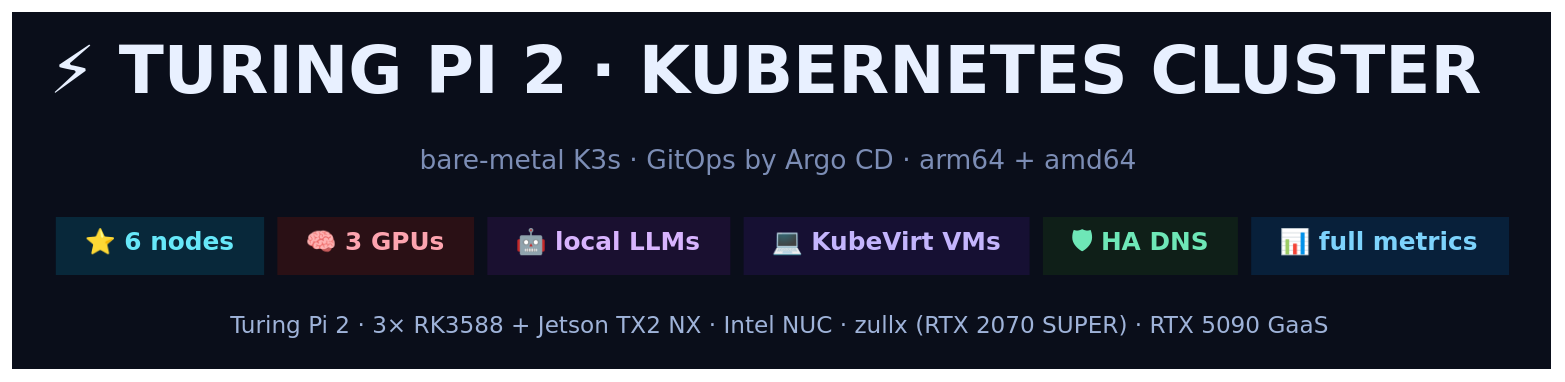
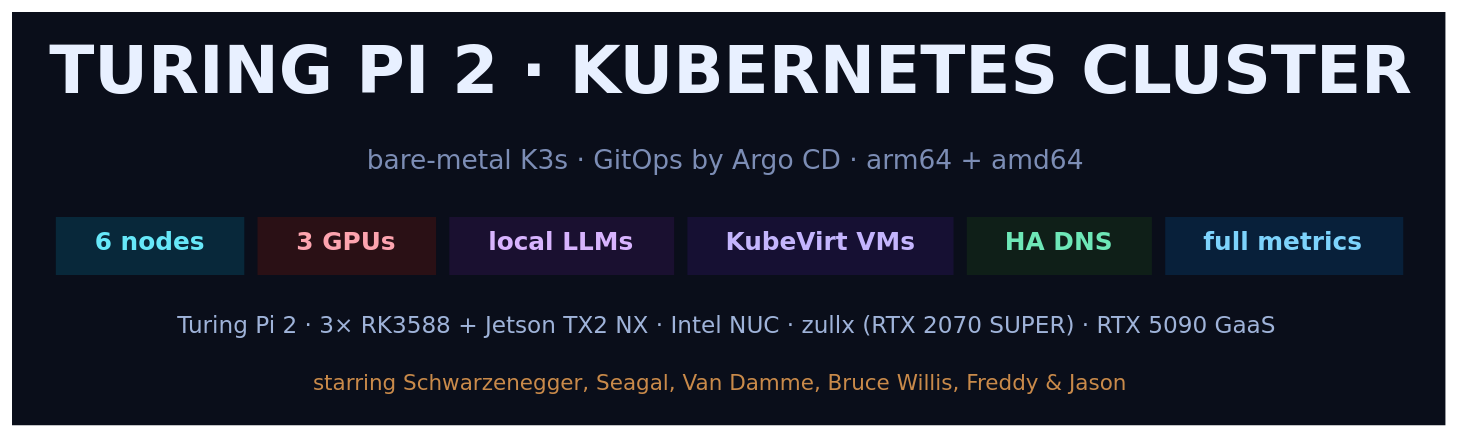
One commit to mattarvon/turing-cluster-gitops changed the diagram in docs/social.dot. Above: the diagram before and after it, drawn with Graphviz. The commit also changed 7 other files, not shown here.

```diff
--- a/docs/social.dot
+++ b/docs/social.dot
@@ -1,23 +1,24 @@
 digraph Social {
   bgcolor="#0a0e1a";
   node [shape=plaintext, fontname="DejaVu Sans"];
   hero [label=<
     <table border="0" cellborder="0" cellspacing="0" cellpadding="10">
-      <tr><td><font color="#e8f0ff" point-size="40"><b>⚡ TURING PI 2 · KUBERNETES CLUSTER</b></font></td></tr>
+      <tr><td><font color="#e8f0ff" point-size="40"><b>TURING PI 2 · KUBERNETES CLUSTER</b></font></td></tr>
       <tr><td><font color="#7c8db5" point-size="16">bare-metal K3s · GitOps by Argo CD · arm64 + amd64</font></td></tr>
       <tr><td cellpadding="6">
         <table border="0" cellborder="0" cellspacing="8" cellpadding="9">
           <tr>
-            <td bgcolor="#08283a"><font color="#67e8f9" point-size="15"><b>⭐ 6 nodes</b></font></td>
-            <td bgcolor="#2a1015"><font color="#fda4af" point-size="15"><b>🧠 3 GPUs</b></font></td>
-            <td bgcolor="#1a1030"><font color="#d8b4fe" point-size="15"><b>🤖 local LLMs</b></font></td>
-            <td bgcolor="#161033"><font color="#c4b5fd" point-size="15"><b>💻 KubeVirt VMs</b></font></td>
-            <td bgcolor="#0f1f18"><font color="#6ee7b7" point-size="15"><b>🛡 HA DNS</b></font></td>
-            <td bgcolor="#08203a"><font color="#7dd3fc" point-size="15"><b>📊 full metrics</b></font></td>
+            <td bgcolor="#08283a"><font color="#67e8f9" point-size="15"><b>6 nodes</b></font></td>
+            <td bgcolor="#2a1015"><font color="#fda4af" point-size="15"><b>3 GPUs</b></font></td>
+            <td bgcolor="#1a1030"><font color="#d8b4fe" point-size="15"><b>local LLMs</b></font></td>
+            <td bgcolor="#161033"><font color="#c4b5fd" point-size="15"><b>KubeVirt VMs</b></font></td>
+            <td bgcolor="#0f1f18"><font color="#6ee7b7" point-size="15"><b>HA DNS</b></font></td>
+            <td bgcolor="#08203a"><font color="#7dd3fc" point-size="15"><b>full metrics</b></font></td>
           </tr>
         </table>
       </td></tr>
       <tr><td><font color="#9fb3d9" point-size="14">Turing Pi 2 · 3× RK3588 + Jetson TX2 NX · Intel NUC · zullx (RTX 2070 SUPER) · RTX 5090 GaaS</font></td></tr>
+      <tr><td><font color="#c98a4a" point-size="13">starring Schwarzenegger, Seagal, Van Damme, Bruce Willis, Freddy &amp; Jason</font></td></tr>
     </table>
   >];
 }
```
